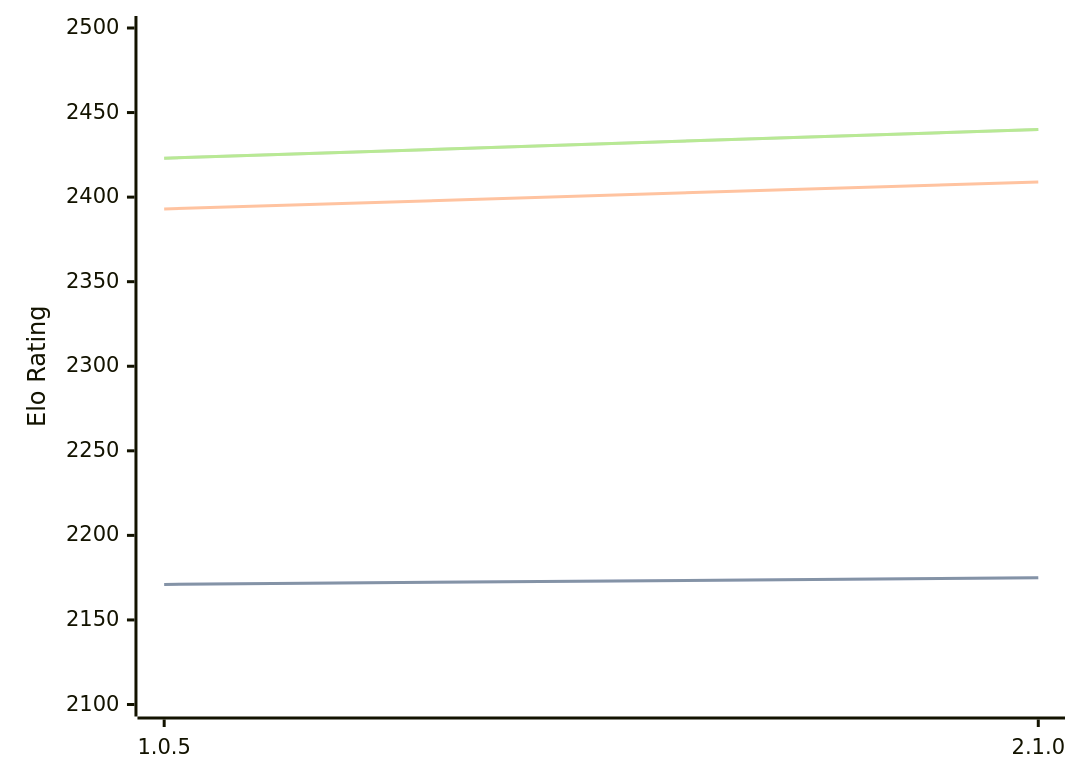
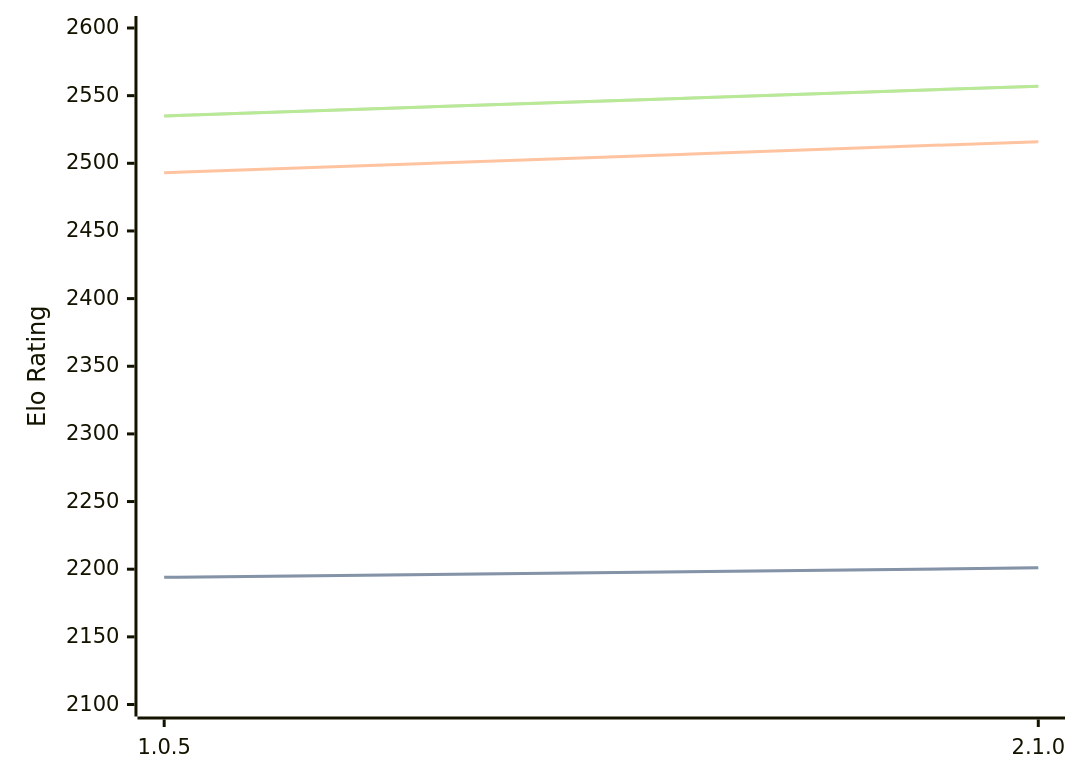
One commit to computer-chess-index/cci changed the diagram in engines/Ruffian.md. Above: the diagram before and after it, drawn with Mermaid. The commit also changed other lines of this file, not shown here.

Commit message:
Update CCI Ratings (ELO VLTC) - 2026-02-24

````diff
--- a/engines/Ruffian.md
+++ b/engines/Ruffian.md
@@ -29,11 +30,11 @@
 ```mermaid
 %%{init: {"theme":"base","themeVariables":{"seriesColors:['#a3a3a3','#222221','#faa371']}}}%%
 xychart-beta
   x-axis ["1.0.5", "2.1.0"]
-  y-axis "Elo Rating" 2100 --> 2500
-  line "STC (8.0+0.08s)" [2171, 2175]
-  line "STC (8.0+0.08s)" [2171, 2175]
-  line "LTC (60.0+0.60s)" [2393, 2409]
-  line "VLTC (2m24s+1.12s)" [2423, 2440]
-  line "VLTC (2m24s+1.12s)" [2423, 2440]
+  y-axis "Elo Rating" 2100 --> 2600
+  line "STC (8.0+0.08s)" [2194, 2201]
+  line "STC (8.0+0.08s)" [2194, 2201]
+  line "LTC (60.0+0.60s)" [2493, 2516]
+  line "VLTC (2m24s+1.12s)" [2535, 2557]
+  line "VLTC (2m24s+1.12s)" [2535, 2557]
 ```
````
